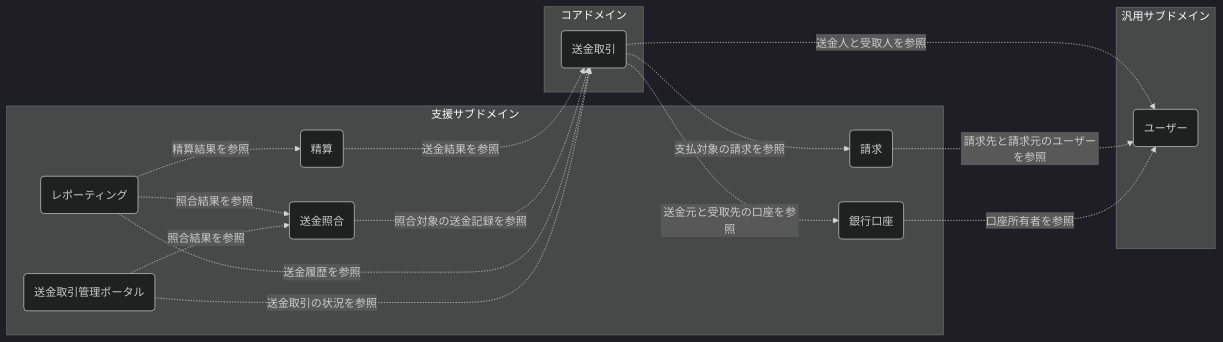
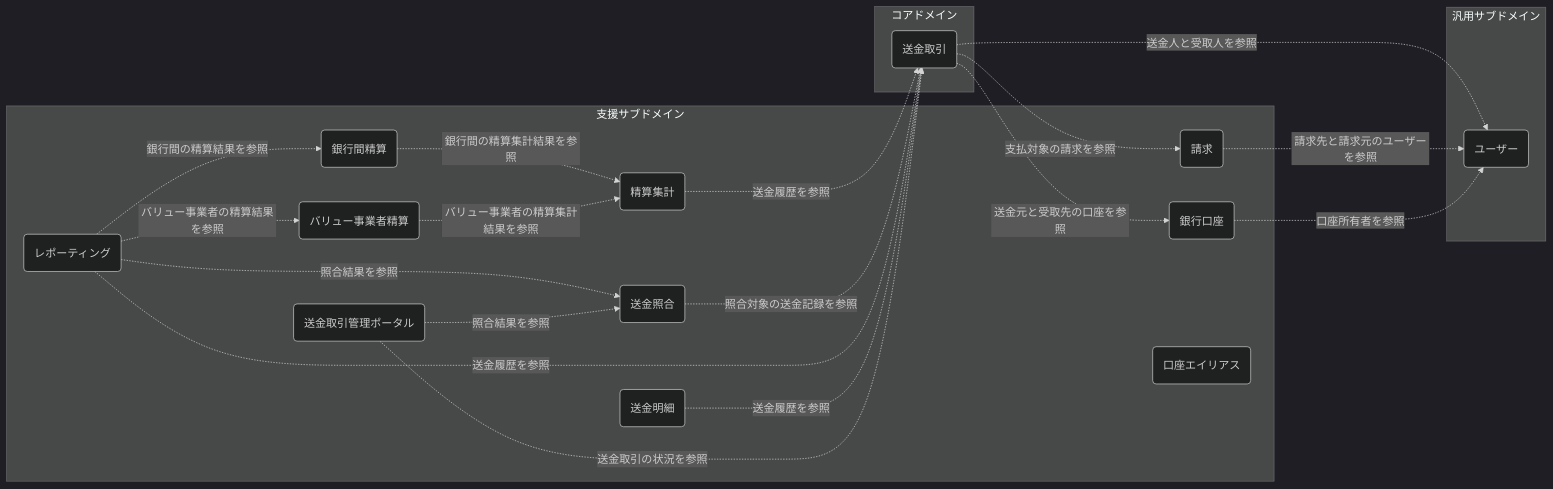
One commit to hiroki-it/tech-notebook changed the fifth of 7 diagrams in docs/software/software_application_architecture_backend_domain_driven_design.md. Above: the diagram before and after it, drawn with Mermaid (dark theme). The commit also changed other lines of this file, not shown here.

````diff
--- a/docs/software/software_application_architecture_backend_domain_driven_design.md
+++ b/docs/software/software_application_architecture_backend_domain_driven_design.md
@@ -965,30 +1011,38 @@
 ```mermaid
 flowchart LR
   subgraph core["コアドメイン"]
     remittance("送金取引")
   end
   subgraph supporting["支援サブドメイン"]
     payment("請求")
     bankAccount("銀行口座")
-    settlement("精算")
+    accountAlias("口座エイリアス")
+    aggregation("精算集計")
+    bankSettlement("銀行間精算")
+    valueSettlement("バリュー事業者精算")
     reconciliation("送金照合")
     reporting("レポーティング")
+    remittanceDetail("送金明細")
     portal("送金取引管理ポータル")
   end
   subgraph generic["汎用サブドメイン"]
     user("ユーザー")
   end
 
   remittance -.->|送金元と受取先の口座を参照| bankAccount
   remittance -.->|送金人と受取人を参照| user
   remittance -.->|支払対象の請求を参照| payment
   payment -.->|請求先と請求元のユーザーを参照| user
   bankAccount -.->|口座所有者を参照| user
-  settlement -.->|送金結果を参照| remittance
+  aggregation -.->|送金履歴を参照| remittance
+  bankSettlement -.->|銀行間の精算集計結果を参照| aggregation
+  valueSettlement -.->|バリュー事業者の精算集計結果を参照| aggregation
   reconciliation -.->|照合対象の送金記録を参照| remittance
   reporting -.->|送金履歴を参照| remittance
-  reporting -.->|精算結果を参照| settlement
+  reporting -.->|銀行間の精算結果を参照| bankSettlement
+  reporting -.->|バリュー事業者の精算結果を参照| valueSettlement
   reporting -.->|照合結果を参照| reconciliation
+  remittanceDetail -.->|送金履歴を参照| remittance
   portal -.->|送金取引の状況を参照| remittance
   portal -.->|照合結果を参照| reconciliation
 ```
````
